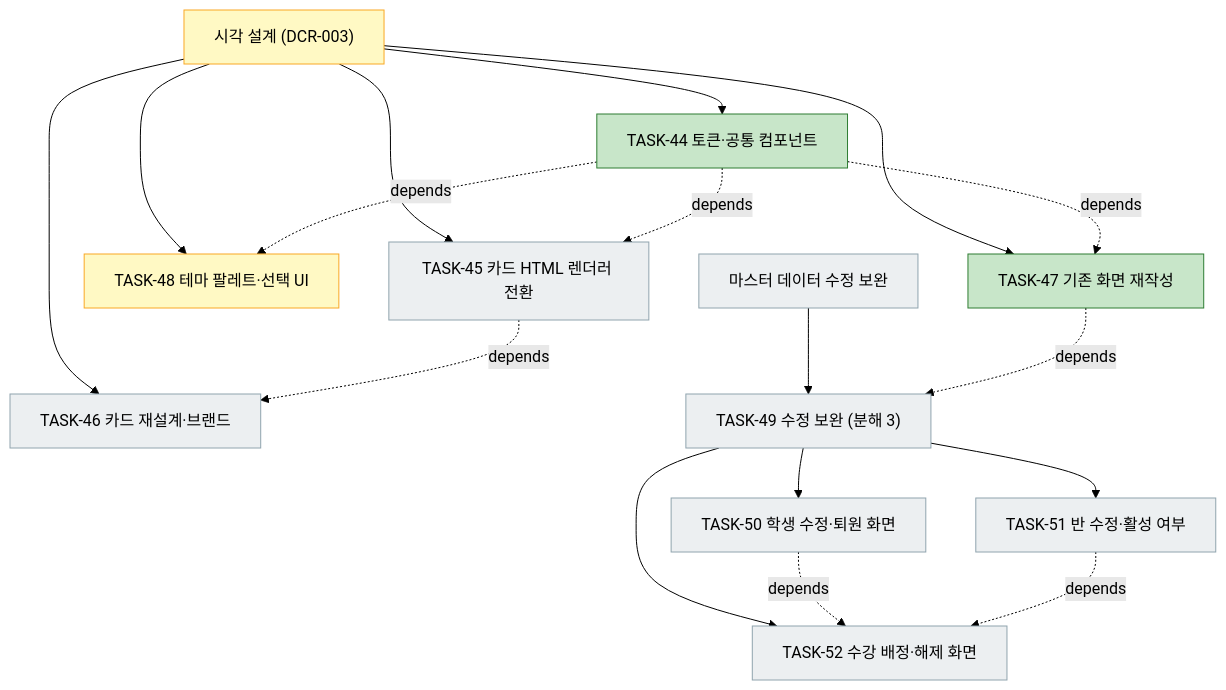
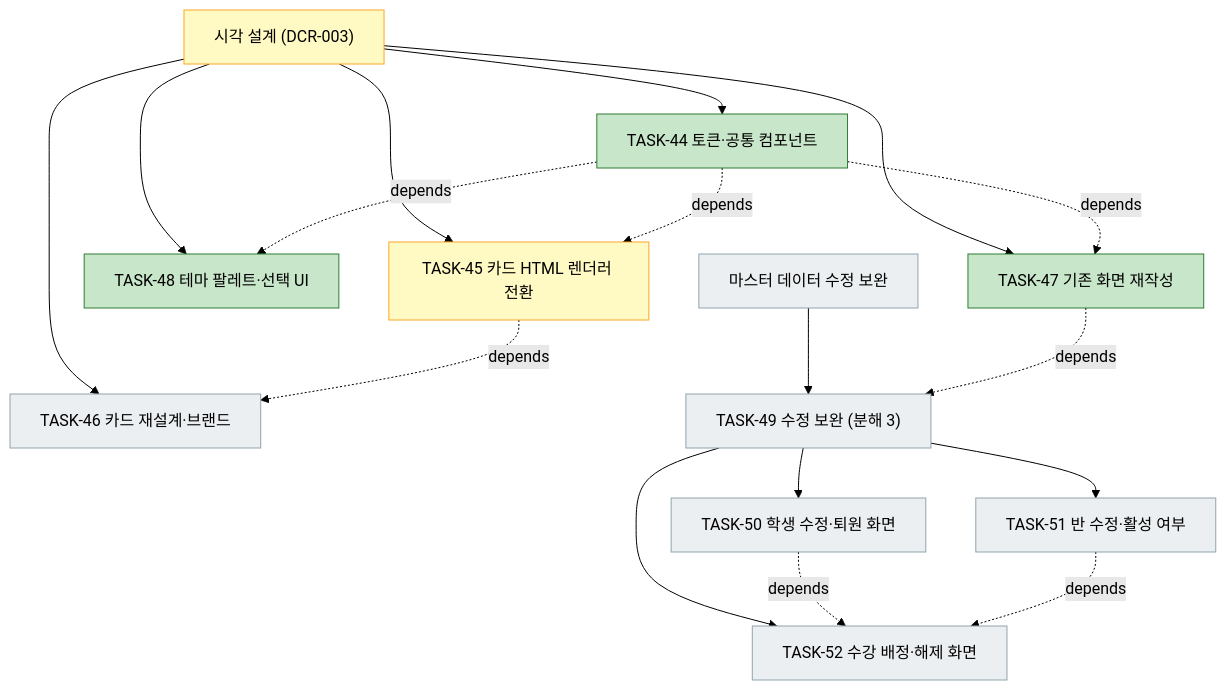
The fourth of 4 diagrams in docs/plan.md (bluesky5008/mathdesk), drawn with Mermaid (forest theme) before and after one commit. The commit also changed other lines of this file and 1 other file, not shown here.

First line of the commit message:
docs: TASK-48 완료 처리 — 사용자 테마 시안 확인

````diff
--- a/docs/plan.md
+++ b/docs/plan.md
@@ -219,24 +219,24 @@
 ```mermaid
 flowchart TD
     V["시각 설계 (DCR-003)"]:::active
     V --> T44["TASK-44 토큰·공통 컴포넌트"]:::done
     V --> T47["TASK-47 기존 화면 재작성"]:::done
-    V --> T48["TASK-48 테마 팔레트·선택 UI"]:::active
-    V --> T45["TASK-45 카드 HTML 렌더러 전환"]:::todo
+    V --> T48["TASK-48 테마 팔레트·선택 UI"]:::done
+    V --> T45["TASK-45 카드 HTML 렌더러 전환"]:::active
     V --> T46["TASK-46 카드 재설계·브랜드"]:::todo
     M["마스터 데이터 수정 보완"]:::todo
     M --> T49["TASK-49 수정 보완 (분해 3)"]:::todo
     T49 --> T50["TASK-50 학생 수정·퇴원 화면"]:::todo
     T49 --> T51["TASK-51 반 수정·활성 여부"]:::todo
     T49 --> T52["TASK-52 수강 배정·해제 화면"]:::todo
     T44 -. depends .-> T47
     T44 -. depends .-> T48
     T44 -. depends .-> T45
     T45 -. depends .-> T46
     T47 -. depends .-> T49
     T50 -. depends .-> T52
     T51 -. depends .-> T52
     classDef done fill:#c8e6c9,stroke:#2e7d32
     classDef active fill:#fff9c4,stroke:#f9a825
     classDef todo fill:#eceff1,stroke:#90a4ae
 ```
````
